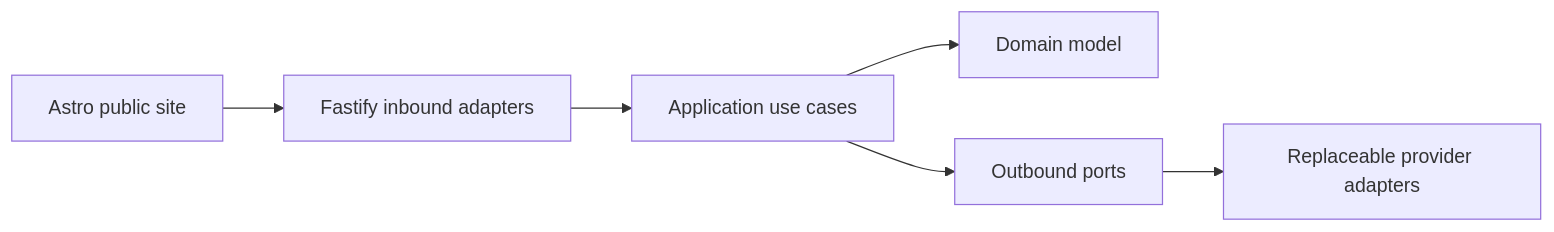
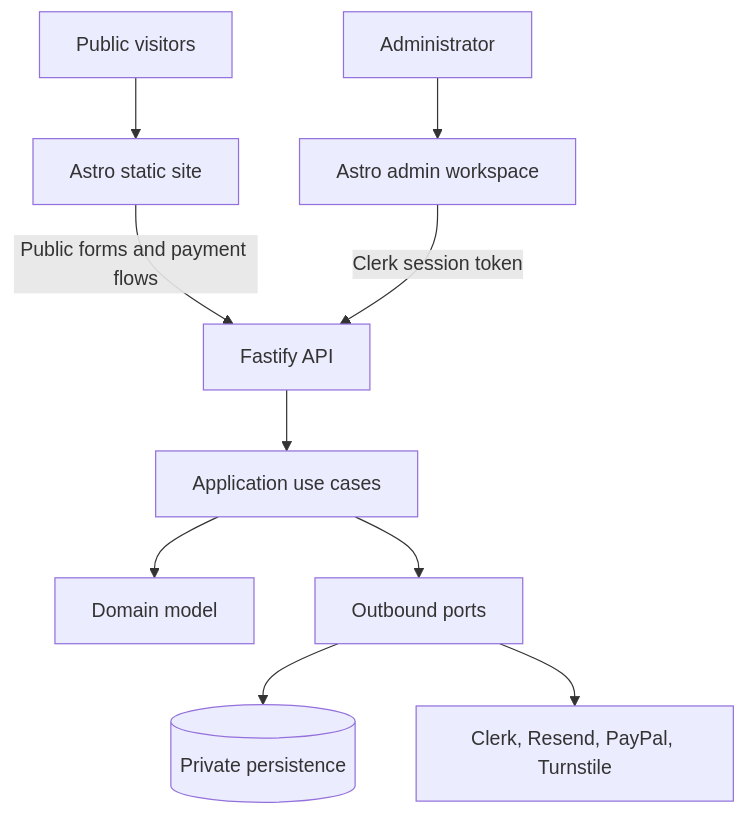
The diagram in README.md (xcoder-es/main_web_protfolio), drawn with Mermaid before and after one commit. The commit also changed other lines of this file and 30 other files, not shown here.

Commit message:
Set up local Clerk admin and refresh UX

````diff
--- a/README.md
+++ b/README.md
@@ -44,8 +61,12 @@
 ```mermaid
-flowchart LR
-  Web[Astro public site] --> API[Fastify inbound adapters]
-  API --> Application[Application use cases]
-  Application --> Domain[Domain model]
-  Application --> Ports[Outbound ports]
-  Ports --> Providers[Replaceable provider adapters]
+flowchart TB
+  Public[Public visitors] --> Web[Astro static site]
+  Admin[Administrator] --> AdminUI[Astro admin workspace]
+  Web -->|Public forms and payment flows| API[Fastify API]
+  AdminUI -->|Clerk session token| API
+  API --> App[Application use cases]
+  App --> Domain[Domain model]
+  App --> Ports[Outbound ports]
+  Ports --> Persistence[(Private persistence)]
+  Ports --> Providers[Clerk, Resend, PayPal, Turnstile]
 ```
````
